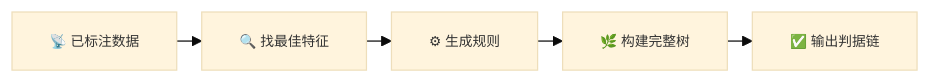
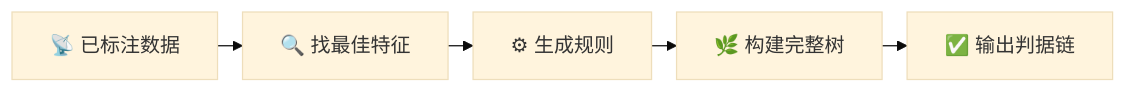
Before and after one commit to YangYibiao/yangyibiao.github.io: the fourth of 4 diagrams in cpl/slides/datamining/01_intro_tree.md, drawn with Mermaid. The commit also changed other lines of this file and 9 other files, not shown here.

````diff
--- a/cpl/slides/datamining/01_intro_tree.md
+++ b/cpl/slides/datamining/01_intro_tree.md
@@ -610,9 +682,9 @@
 ```mermaid
-%%{init: { 'theme': 'base', 'themeVariables': { 'fontSize': '11px' }, 'flowchart': { 'htmlLabels': true, 'nodeSpacing': 15, 'rankSpacing': 20 } } }%%
+%%{init: { 'theme': 'base', 'themeVariables': { 'fontSize': '16px' }, 'flowchart': { 'htmlLabels': true, 'nodeSpacing': 15, 'rankSpacing': 20 } } }%%
 flowchart LR
     A["📡 已标注数据"]
     --> B["🔍 找最佳特征"]
     --> C["⚙ 生成规则"]
     --> D["🌿 构建完整树"]
     --> E["✅ 输出判据链"]
 ```
````
